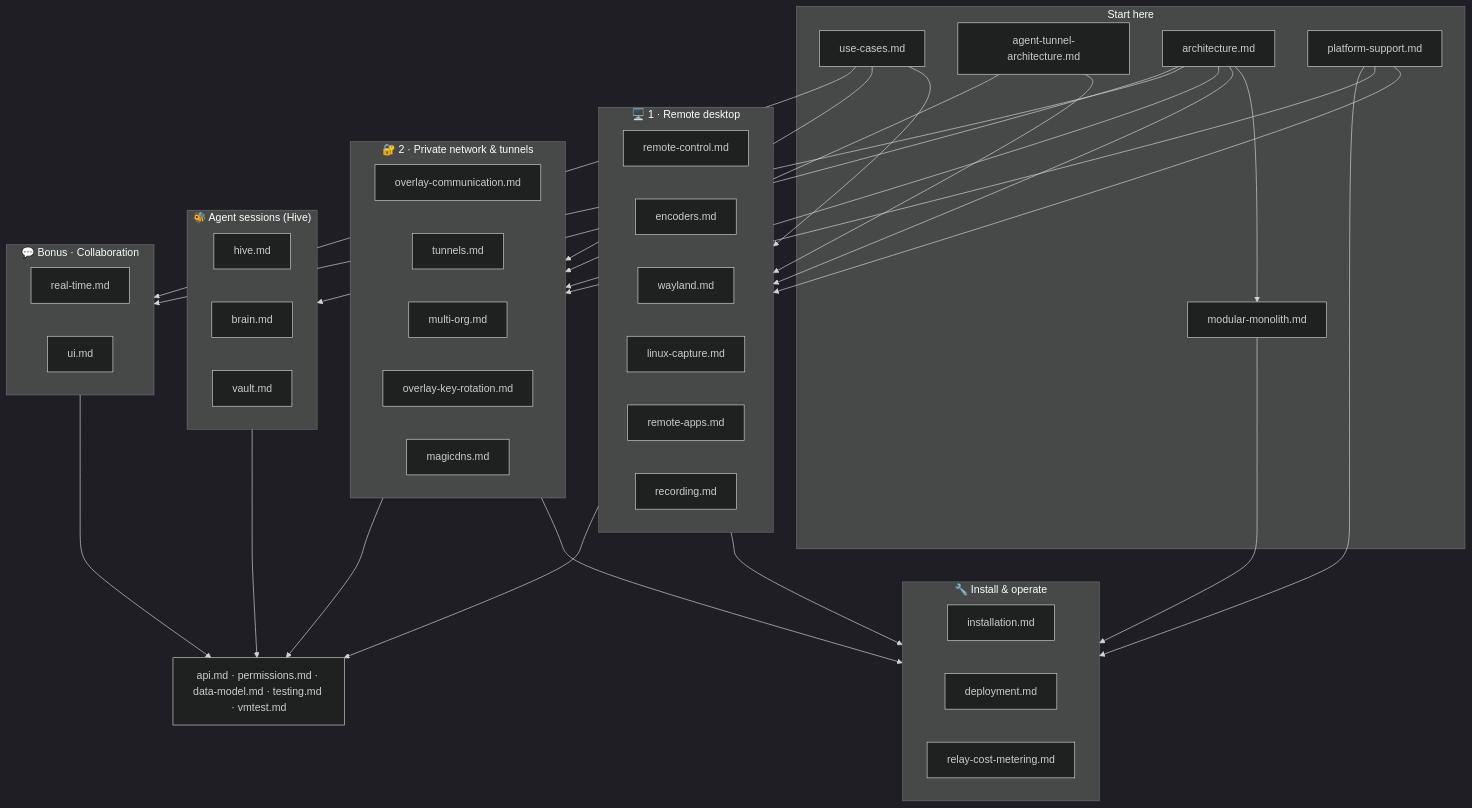
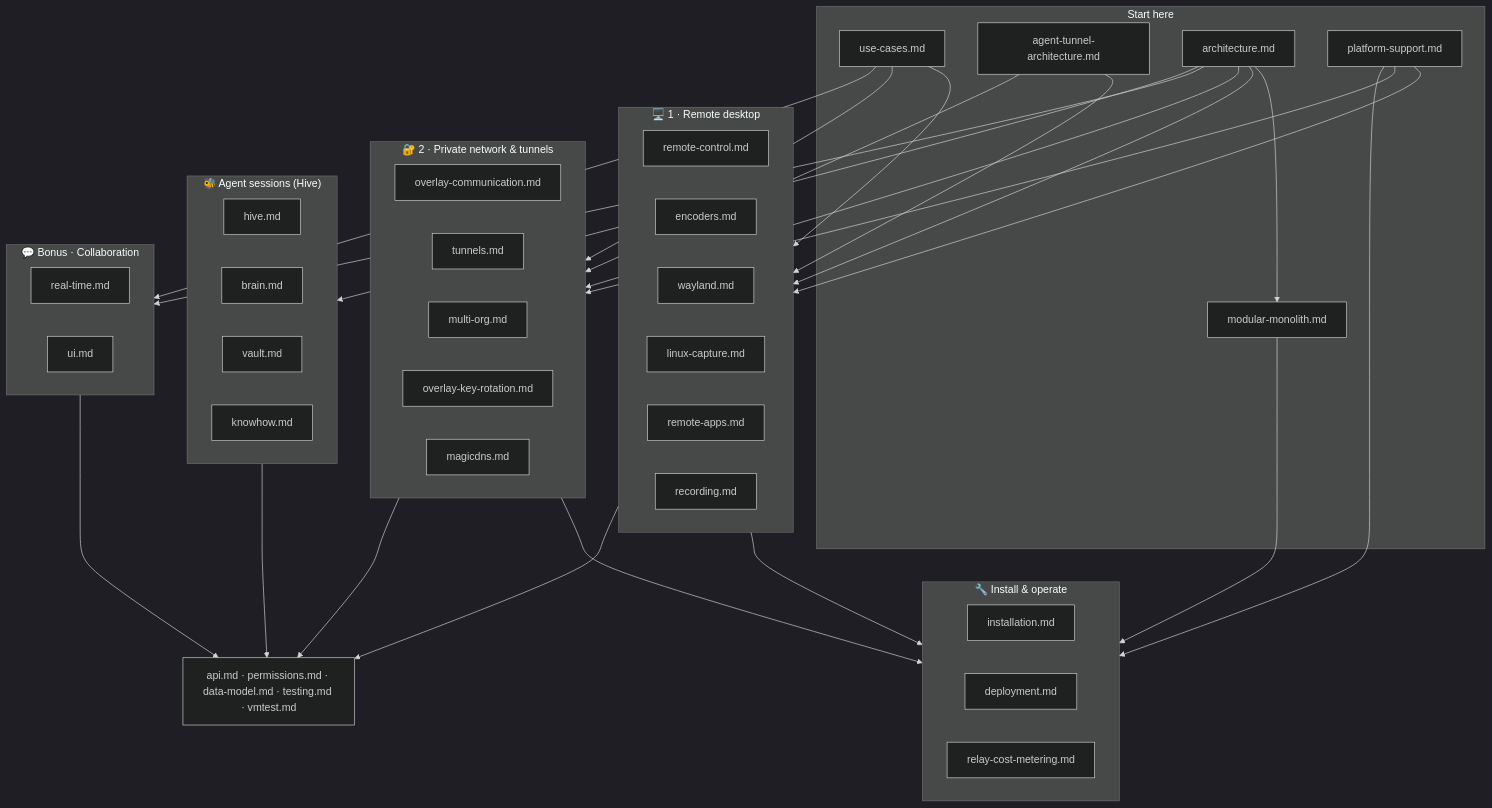
The diagram in docs/README.md (gjovanov/roomler-ai), drawn with Mermaid (dark theme) before and after one commit. The commit also changed other lines of this file and 46 other files, not shown here.

````diff
--- a/docs/README.md
+++ b/docs/README.md
@@ -24,56 +24,57 @@
 ```mermaid
 flowchart TB
     subgraph entry["Start here"]
         UC["use-cases.md"]
         ATA["agent-tunnel-architecture.md"]
         ARCH["architecture.md"]
         MM["modular-monolith.md"]
         PS["platform-support.md"]
     end
 
     subgraph rd["🖥️ 1 · Remote desktop"]
         RC["remote-control.md"]
         ENC["encoders.md"]
         WAY["wayland.md"]
         LCAP["linux-capture.md"]
         RAPP["remote-apps.md"]
         REC["recording.md"]
     end
 
     subgraph net["🔐 2 · Private network & tunnels"]
         OC["overlay-communication.md"]
         TUN["tunnels.md"]
         MO["multi-org.md"]
         OKR["overlay-key-rotation.md"]
         MDNS["magicdns.md"]
     end
 
     subgraph collab["💬 Bonus · Collaboration"]
         RT["real-time.md"]
         UIX["ui.md"]
     end
 
     subgraph hive["🐝 Agent sessions (Hive)"]
         HIVE["hive.md"]
         BRAIN["brain.md"]
         VAULT["vault.md"]
+        KNOW["knowhow.md"]
     end
 
     subgraph ops["🔧 Install & operate"]
         INST["installation.md"]
         DEP["deployment.md"]
         RCM["relay-cost-metering.md"]
     end
 
     REF["api.md · permissions.md · data-model.md · testing.md · vmtest.md"]
 
     UC --> rd & net & collab
     ATA --> rd & net
     ARCH --> rd & net & collab
     ARCH --> MM
     ARCH --> hive
     PS --> rd & net & ops
     MM --> ops
     rd & net --> ops
     rd & net & collab & hive --> REF
 ```
````
